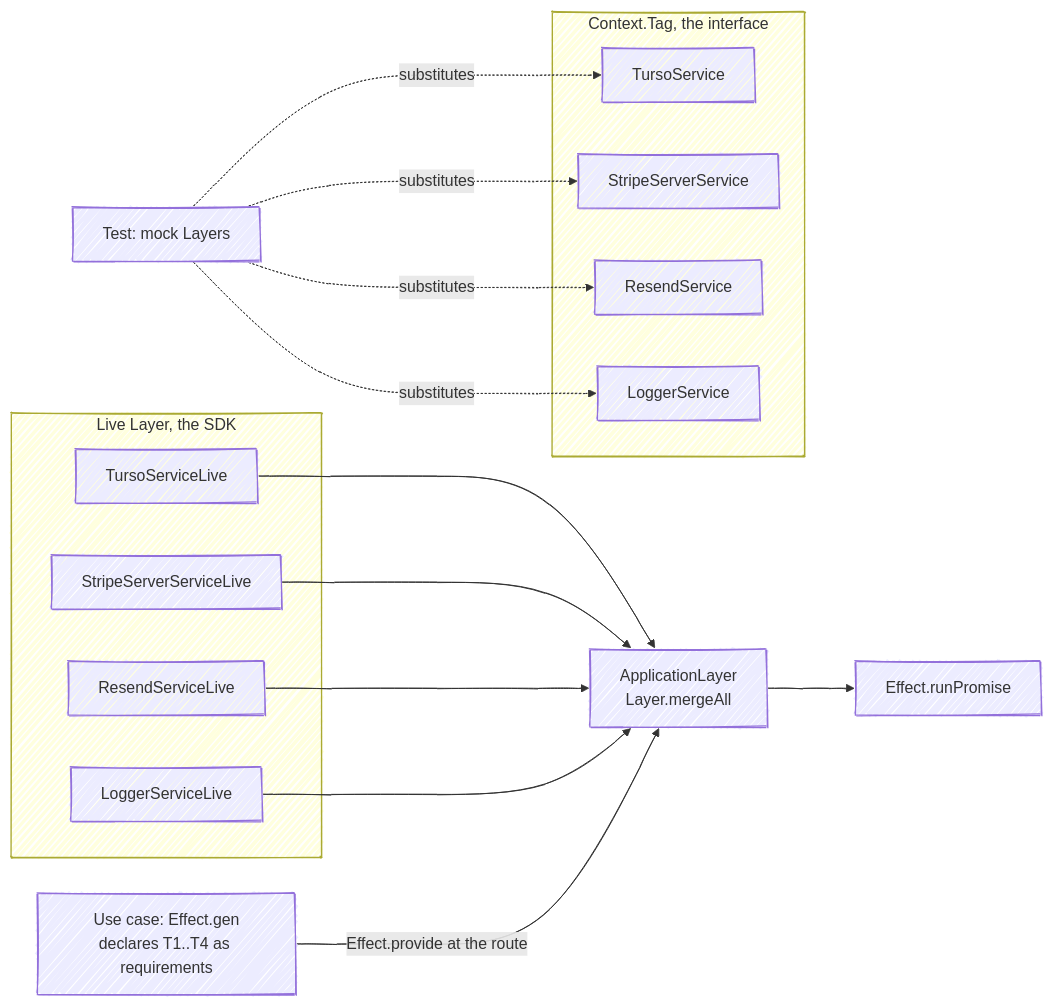
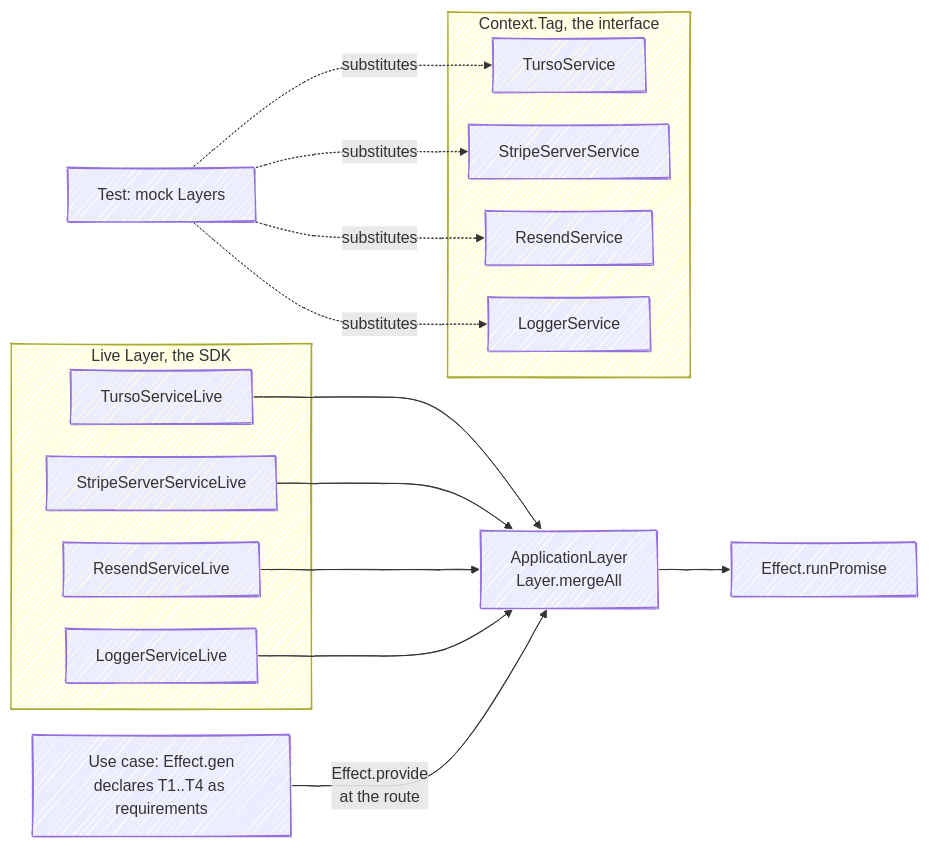
The diagram in apps/docs/src/content/docs/architecture/effect-layers.mdx (fbuireu/forever-pto), drawn with Mermaid before and after one commit. The commit also changed 26 other files, not shown here.

First line of the commit message:
docs(diagrams): fix split words, overlaps and oversized Mermaid diagrams

````diff
--- a/apps/docs/src/content/docs/architecture/effect-layers.mdx
+++ b/apps/docs/src/content/docs/architecture/effect-layers.mdx
@@ -52,25 +52,28 @@
 ```mermaid
 ---
 config:
   look: handDrawn
   layout: dagre
+  flowchart:
+    nodeSpacing: 30
+    rankSpacing: 40
 ---
 flowchart LR
   subgraph tags [Context.Tag, the interface]
     T1[TursoService]
     T2[StripeServerService]
     T3[ResendService]
     T4[LoggerService]
   end
   subgraph live [Live Layer, the SDK]
     L1[TursoServiceLive]
     L2[StripeServerServiceLive]
     L3[ResendServiceLive]
     L4[LoggerServiceLive]
   end
   AL[ApplicationLayer<br/>Layer.mergeAll]
   L1 & L2 & L3 & L4 --> AL
-  UC[Use case: Effect.gen<br/>declares T1..T4 as requirements] -->|Effect.provide at the route| AL
+  UC[Use case: Effect.gen<br/>declares T1..T4 as requirements] -->|Effect.provide<br/>at the route| AL
   TEST[Test: mock Layers] -.->|substitutes| T1 & T2 & T3 & T4
   AL --> RUN[Effect.runPromise]
 ```
````
